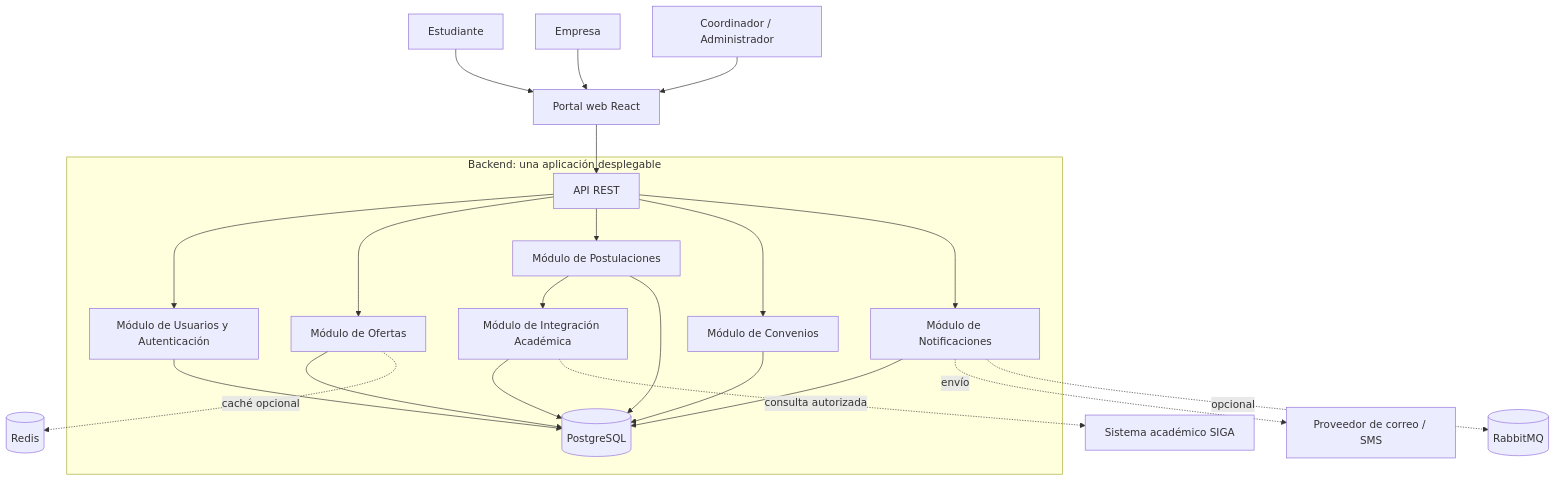
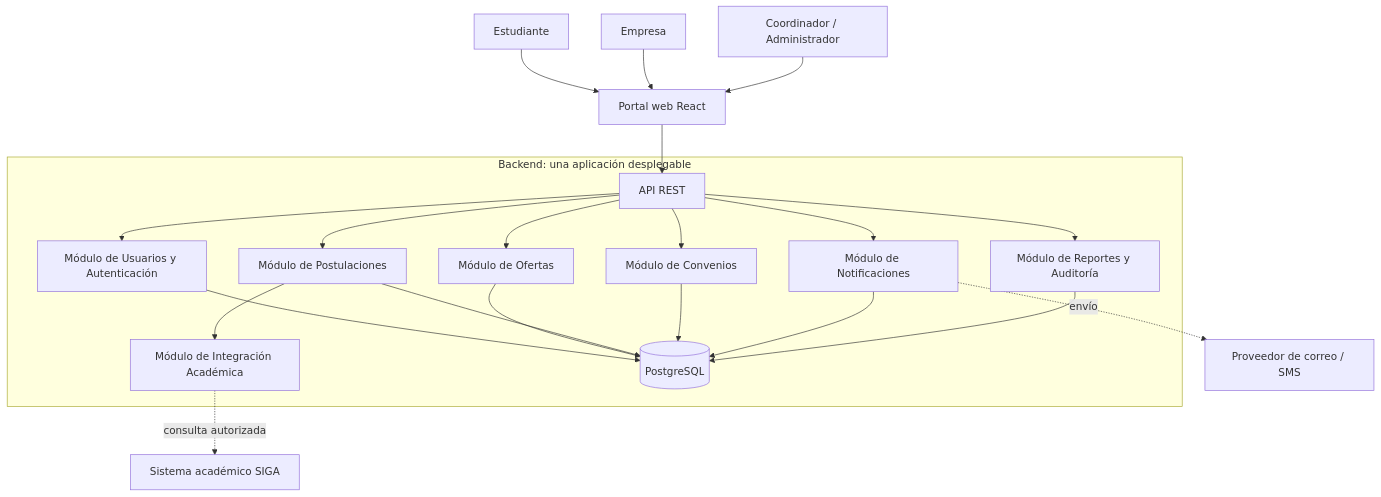
Before and after one commit to Jhoncode987/Sistema-de-Gestion-y-Publicacion-Practicas-Preprofesionales: the diagram in docs/02-arquitectura/estilo-arquitectonico.md, drawn with Mermaid. The commit also changed other lines of this file and 5 other files, not shown here.

````diff
--- a/docs/02-arquitectura/estilo-arquitectonico.md
+++ b/docs/02-arquitectura/estilo-arquitectonico.md
@@ -45,27 +45,26 @@
 ```mermaid
 flowchart TD
     Est[Estudiante] --> Web[Portal web React]
     Emp[Empresa] --> Web
     Coord[Coordinador / Administrador] --> Web
 
     Web --> API[API REST]
     subgraph App["Backend: una aplicación desplegable"]
         API --> Auth["Módulo de Usuarios y Autenticación"]
         API --> Of["Módulo de Ofertas"]
         API --> Post["Módulo de Postulaciones"]
         API --> Conv["Módulo de Convenios"]
         API --> Notif["Módulo de Notificaciones"]
+        API --> Rep["Módulo de Reportes y Auditoría"]
         Post --> Acad["Módulo de Integración Académica"]
         Auth --> DB[(PostgreSQL)]
         Of --> DB
         Post --> DB
         Conv --> DB
         Notif --> DB
-        Acad --> DB
+        Rep --> DB
     end
 
     Acad -. consulta autorizada .-> SIGA[Sistema académico SIGA]
     Notif -. envío .-> Canal[Proveedor de correo / SMS]
-    Notif -. opcional .-> MQ[(RabbitMQ)]
-    Of -. caché opcional .-> Redis[(Redis)]
 ```
````
